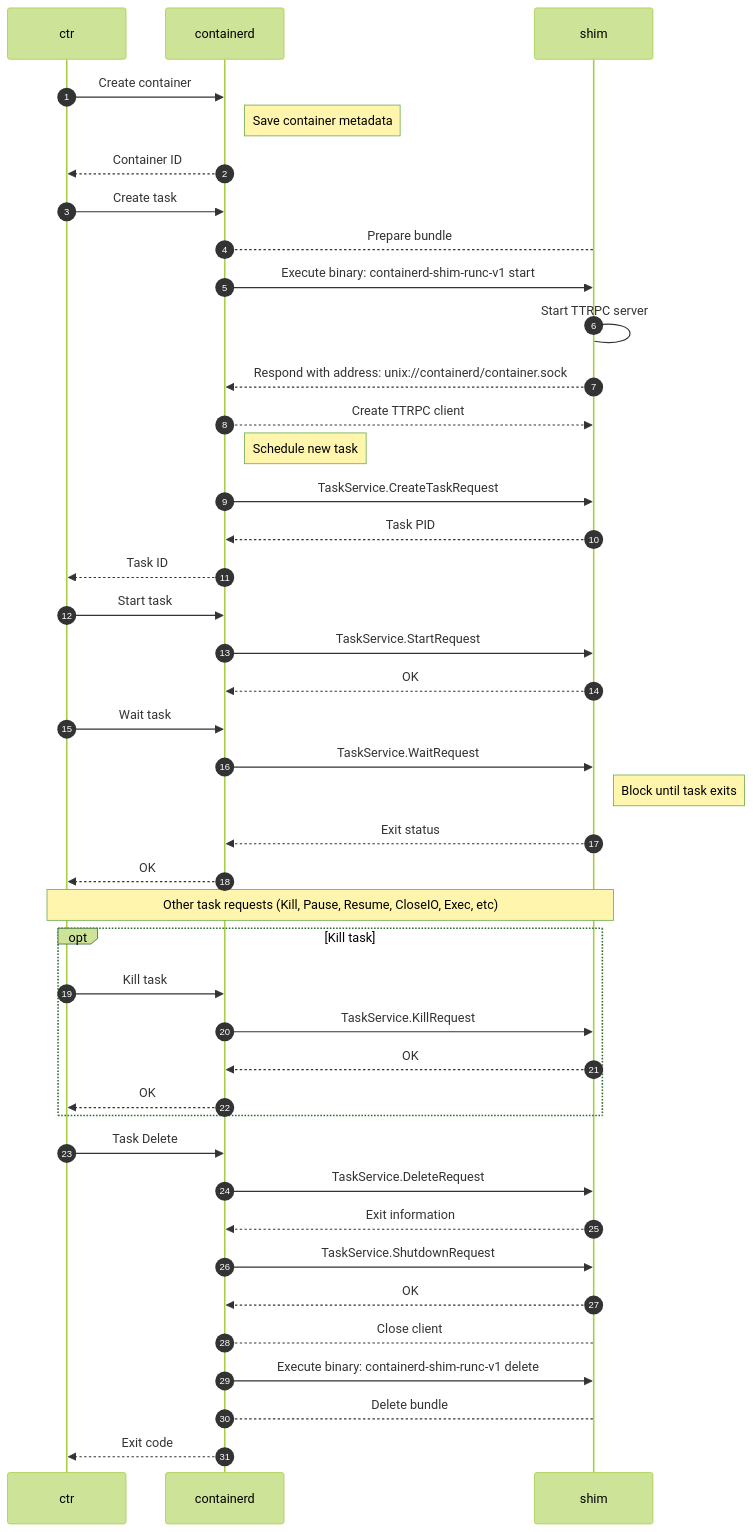
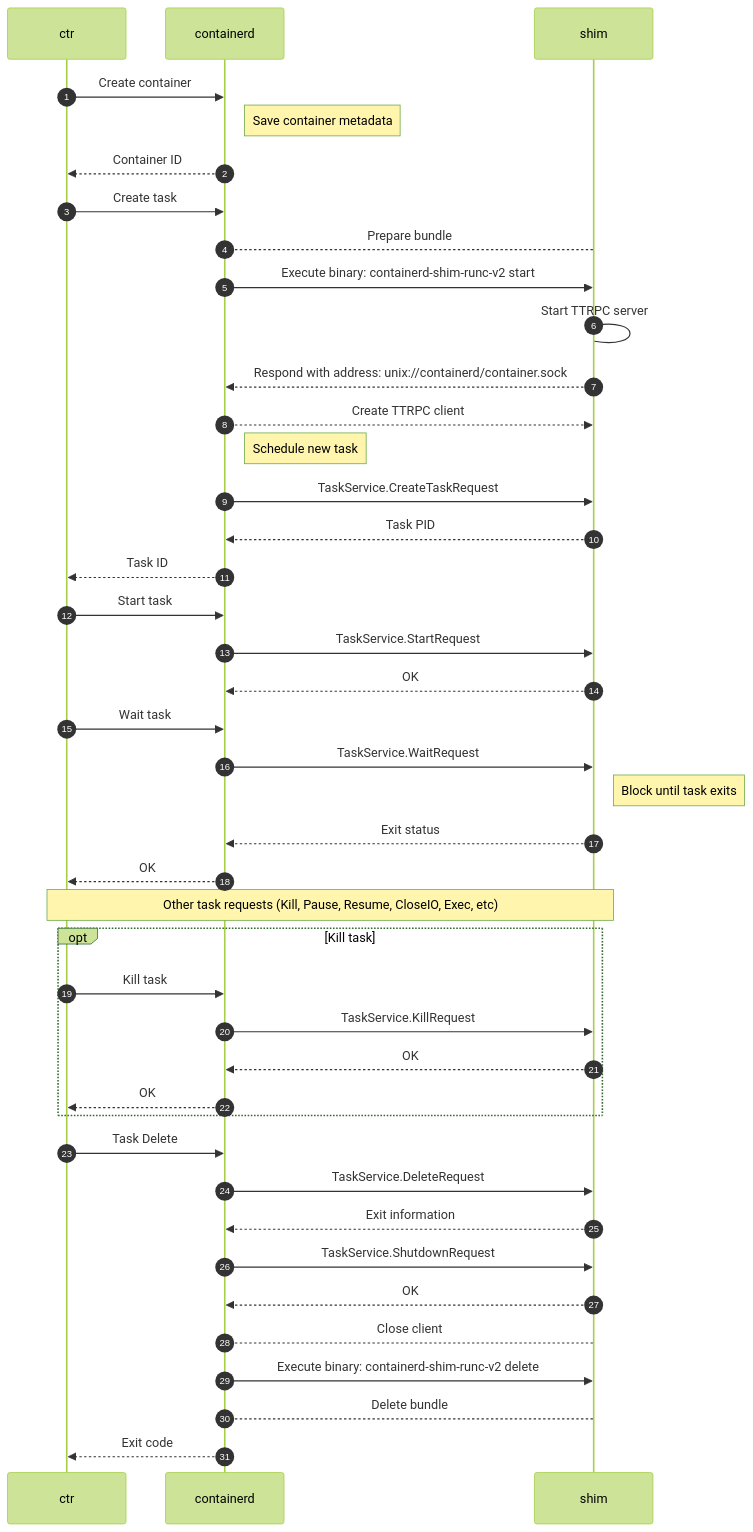
One commit to containerd/containerd changed the diagram in runtime/v2/README.md. Above: the diagram before and after it, drawn with Mermaid (forest theme). The commit also changed other lines of this file and 1 other file, not shown here.

Commit message:
update the version of the runc shim in the readme and examples

````diff
--- a/runtime/v2/README.md
+++ b/runtime/v2/README.md
@@ -205,79 +205,79 @@
 ```mermaid
 sequenceDiagram
     participant ctr
     participant containerd
     participant shim
 
     autonumber
 
     ctr->>containerd: Create container
     Note right of containerd: Save container metadata
     containerd-->>ctr: Container ID
 
     ctr->>containerd: Create task
 
     %% Start shim
     containerd-->shim: Prepare bundle
-    containerd->>shim: Execute binary: containerd-shim-runc-v1 start
+    containerd->>shim: Execute binary: containerd-shim-runc-v2 start
     shim->shim: Start TTRPC server
     shim-->>containerd: Respond with address: unix://containerd/container.sock
 
     containerd-->>shim: Create TTRPC client
 
     %% Schedule task
 
     Note right of containerd: Schedule new task
 
     containerd->>shim: TaskService.CreateTaskRequest
     shim-->>containerd: Task PID
 
     containerd-->>ctr: Task ID
 
     %% Start task
 
     ctr->>containerd: Start task
 
     containerd->>shim: TaskService.StartRequest
     shim-->>containerd: OK
 
     %% Wait task
 
     ctr->>containerd: Wait task
 
     containerd->>shim: TaskService.WaitRequest
     Note right of shim: Block until task exits
     shim-->>containerd: Exit status
 
     containerd-->>ctr: OK
 
     Note over ctr,shim: Other task requests (Kill, Pause, Resume, CloseIO, Exec, etc)
 
     %% Kill signal
 
     opt Kill task
 
     ctr->>containerd: Kill task
 
     containerd->>shim: TaskService.KillRequest
     shim-->>containerd: OK
 
     containerd-->>ctr: OK
 
     end
 
     %% Delete task
 
     ctr->>containerd: Task Delete
 
     containerd->>shim: TaskService.DeleteRequest
     shim-->>containerd: Exit information
 
     containerd->>shim: TaskService.ShutdownRequest
     shim-->>containerd: OK
 
     containerd-->shim: Close client
-    containerd->>shim: Execute binary: containerd-shim-runc-v1 delete
+    containerd->>shim: Execute binary: containerd-shim-runc-v2 delete
     containerd-->shim: Delete bundle
 
     containerd-->>ctr: Exit code
 ```
````
